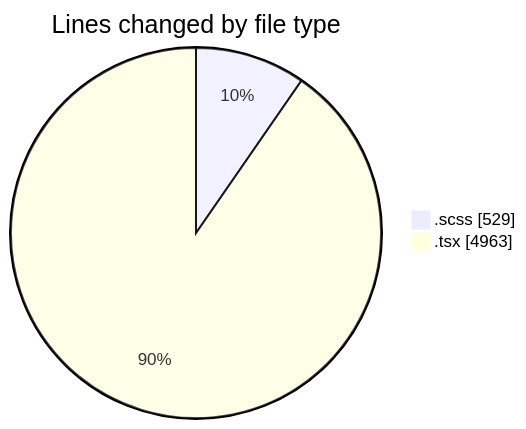
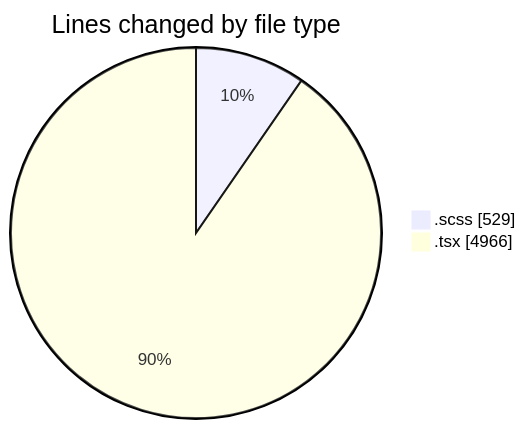
Before and after one commit to momahboobian/code-tracking: the first of 2 diagrams in 2025-08-28/cda/README.md, drawn with Mermaid. The commit also changed other lines of this file and 1 other file, not shown here.

````diff
--- a/2025-08-28/cda/README.md
+++ b/2025-08-28/cda/README.md
@@ -29,6 +29,6 @@
 ```mermaid
 pie showData
 title Lines changed by file type
 ".scss" : 529
-".tsx" : 4963
+".tsx" : 4966
 ```
````
